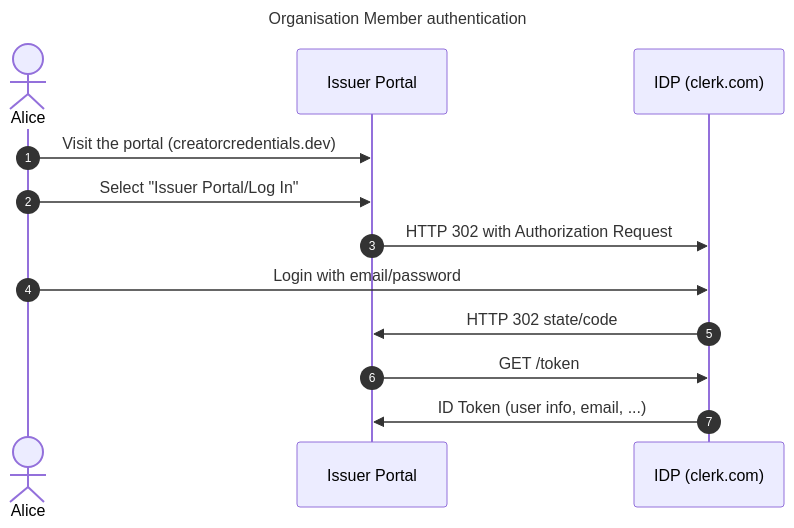
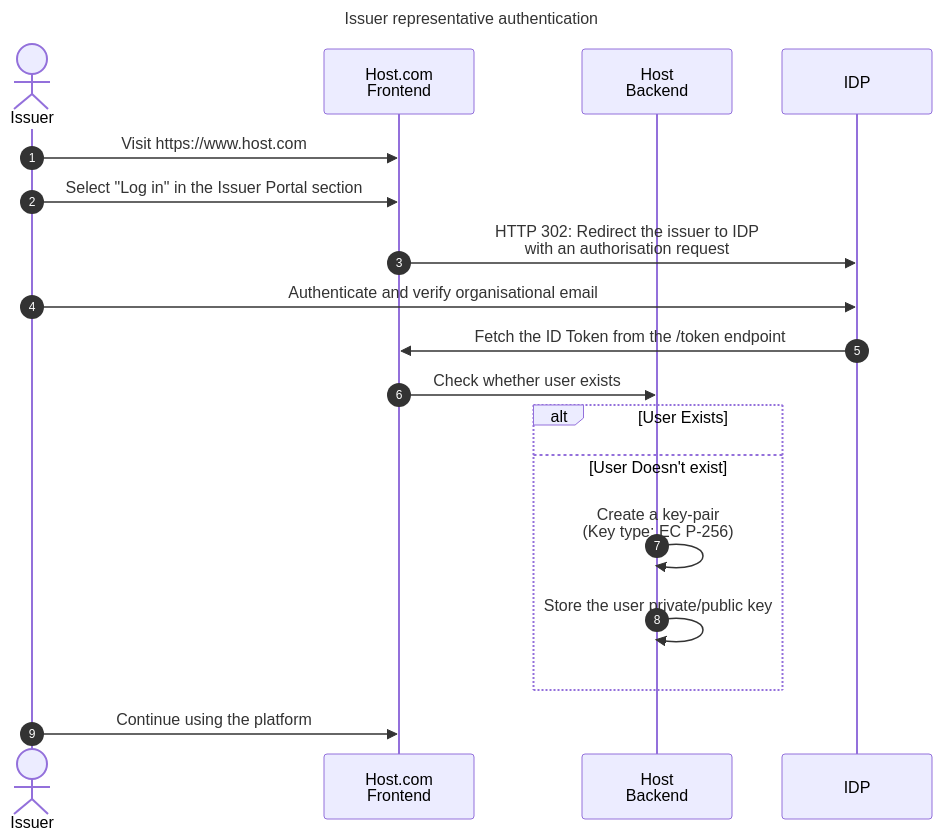
The diagram in specs/host-issuer-authenticaiton.md (CreatorCredentials/specifications), drawn with Mermaid before and after one commit. The commit also changed other lines of this file and 8 other files, not shown here.

````diff
--- a/specs/host-issuer-authenticaiton.md
+++ b/specs/host-issuer-authenticaiton.md
@@ -9,18 +9,25 @@
 ```mermaid
 sequenceDiagram
-  actor a as Alice
-  participant ip as Issuer Portal
-  participant idp as IDP (clerk.com)
+  actor a as Issuer
+  participant ch as Host.com<br>Frontend
+  participant b as Host<br>Backend
+  participant idp as IDP
 
-  title Organisation Member authentication
+  title Issuer representative authentication
 
   autonumber
 
-  a ->> ip: Visit the portal (creatorcredentials.dev)
-  a ->> ip: Select "Issuer Portal/Log In"
-  ip ->> idp: HTTP 302 with Authorization Request
-  a ->> idp: Login with email/password
-  idp ->> ip: HTTP 302 state/code
-  ip ->> idp: GET /token
-  idp ->> ip: ID Token (user info, email, ...)
+  a ->> ch: Visit https://www.host.com
+  a ->> ch: Select "Log in" in the Issuer Portal section
+  ch ->> idp: HTTP 302: Redirect the issuer to IDP<br>with an authorisation request
+  a ->> idp: Authenticate and verify organisational email
+  idp ->> ch: Fetch the ID Token from the /token endpoint
+
+  ch ->> b: Check whether user exists
+  alt User Exists
+  else User Doesn't exist
+  b ->> b: Create a key-pair<br>(Key type: EC P-256)
+  b ->> b: Store the user private/public key
+  end
+  a ->> ch: Continue using the platform
 ```
````
